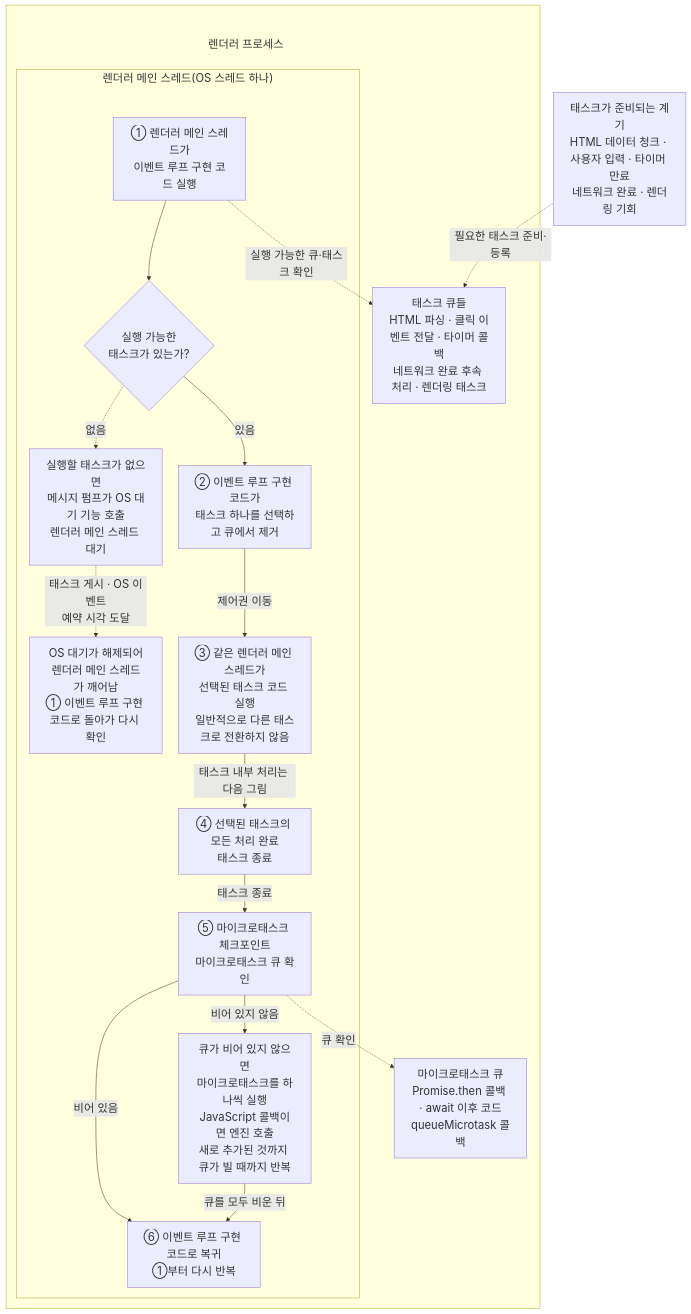
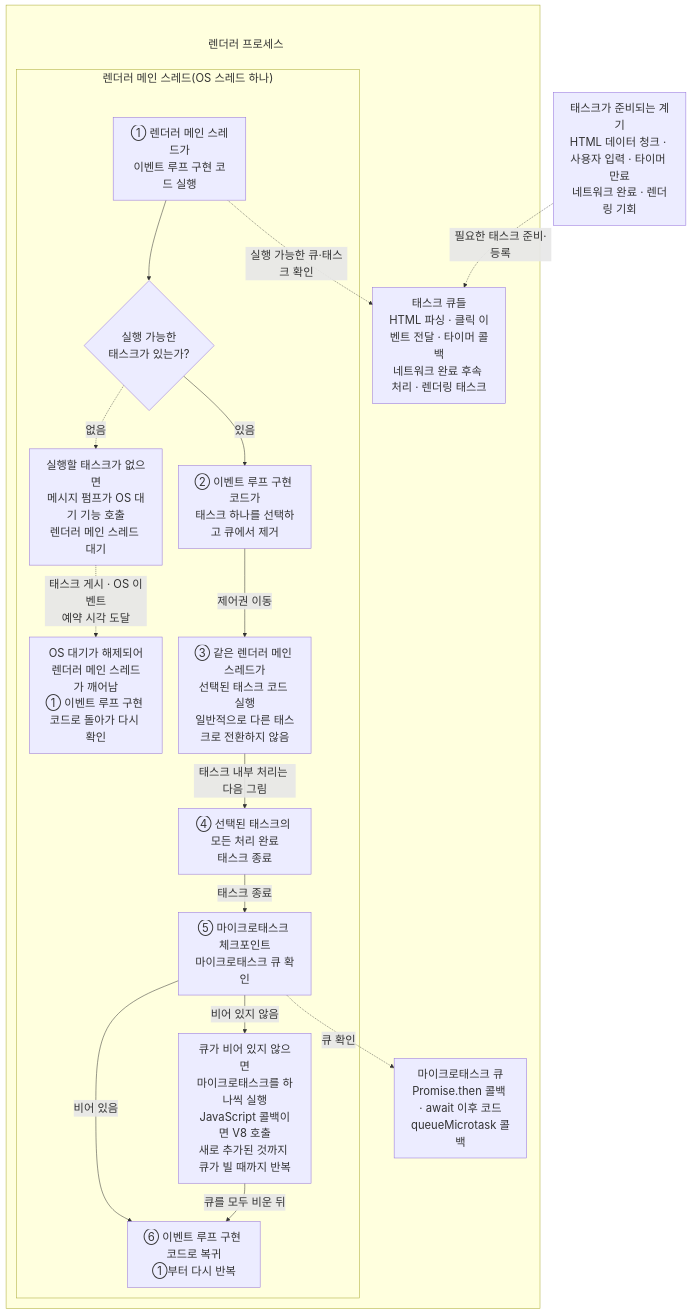
One commit to lee-gimoon/futures-paper-trading changed the second of 3 diagrams in docs/frontend-study/06-main-thread-call-stack-and-event-loop.md. Above: the diagram before and after it, drawn with Mermaid. The commit also changed other lines of this file, not shown here.

Commit message:
docs: distinguish Blink and V8 in task flows

````diff
--- a/docs/frontend-study/06-main-thread-call-stack-and-event-loop.md
+++ b/docs/frontend-study/06-main-thread-call-stack-and-event-loop.md
@@ -63,42 +66,42 @@
 ```mermaid
 %%{init: {"themeVariables": {"fontSize": "22px"}, "flowchart": {"nodeSpacing": 32, "rankSpacing": 42, "subGraphTitleMargin": {"top": 0, "bottom": 24}}}}%%
 flowchart TB
   SOURCES["태스크가 준비되는 계기<br/>HTML 데이터 청크 · 사용자 입력 · 타이머 만료<br/>네트워크 완료 · 렌더링 기회"]
 
   subgraph RENDERER[" "]
     RENDERER_TITLE["렌더러 프로세스"]:::processTitle
     TQ["태스크 큐들<br/>HTML 파싱 · 클릭 이벤트 전달 · 타이머 콜백<br/>네트워크 완료 후속 처리 · 렌더링 태스크"]
     MQ["마이크로태스크 큐<br/>Promise.then 콜백 · await 이후 코드<br/>queueMicrotask 콜백"]
 
     subgraph MAIN["렌더러 메인 스레드(OS 스레드 하나)"]
       EL["① 렌더러 메인 스레드가<br/>이벤트 루프 구현 코드 실행"]
       HAS_TASK{"실행 가능한<br/>태스크가 있는가?"}
       SELECT["② 이벤트 루프 구현 코드가<br/>태스크 하나를 선택하고 큐에서 제거"]
       WAIT["실행할 태스크가 없으면<br/>메시지 펌프가 OS 대기 기능 호출<br/>렌더러 메인 스레드 대기"]
       WAKE["OS 대기가 해제되어<br/>렌더러 메인 스레드가 깨어남<br/>① 이벤트 루프 구현 코드로 돌아가 다시 확인"]
       TASK["③ 같은 렌더러 메인 스레드가<br/>선택된 태스크 코드 실행<br/>일반적으로 다른 태스크로 전환하지 않음"]
       TASK_DONE["④ 선택된 태스크의 모든 처리 완료<br/>태스크 종료"]
       CHECK["⑤ 마이크로태스크 체크포인트<br/>마이크로태스크 큐 확인"]
-      MICRO_JS["큐가 비어 있지 않으면<br/>마이크로태스크를 하나씩 실행<br/>JavaScript 콜백이면 엔진 호출<br/>새로 추가된 것까지 큐가 빌 때까지 반복"]
+      MICRO_JS["큐가 비어 있지 않으면<br/>마이크로태스크를 하나씩 실행<br/>JavaScript 콜백이면 V8 호출<br/>새로 추가된 것까지 큐가 빌 때까지 반복"]
       BACK["⑥ 이벤트 루프 구현 코드로 복귀<br/>①부터 다시 반복"]
     end
   end
 
   RENDERER_TITLE ~~~ EL
   RENDERER_TITLE ~~~ TQ
   SOURCES -.->|"필요한 태스크 준비·등록"| TQ
   EL -.->|"실행 가능한 큐·태스크 확인"| TQ
   EL --> HAS_TASK
   HAS_TASK -.->|"없음"| WAIT
   WAIT -.->|"태스크 게시 · OS 이벤트<br/>예약 시각 도달"| WAKE
   HAS_TASK -->|"있음"| SELECT
   SELECT -->|"제어권 이동"| TASK
   TASK -->|"태스크 내부 처리는 다음 그림"| TASK_DONE
   TASK_DONE -->|"태스크 종료"| CHECK
   CHECK -.->|"큐 확인"| MQ
   CHECK -->|"비어 있지 않음"| MICRO_JS
   CHECK -->|"비어 있음"| BACK
   MICRO_JS -->|"큐를 모두 비운 뒤"| BACK
 
   classDef processTitle fill:transparent,stroke:transparent,color:#333
 ```
````
